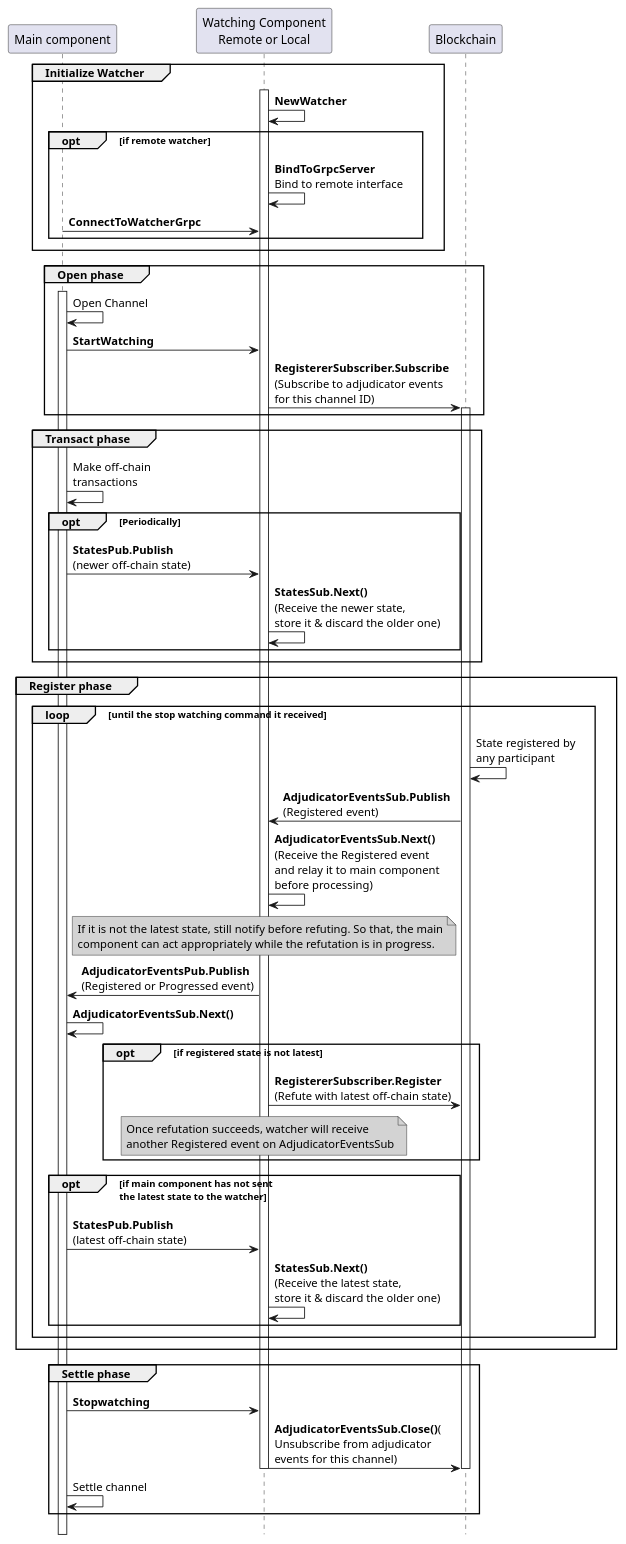
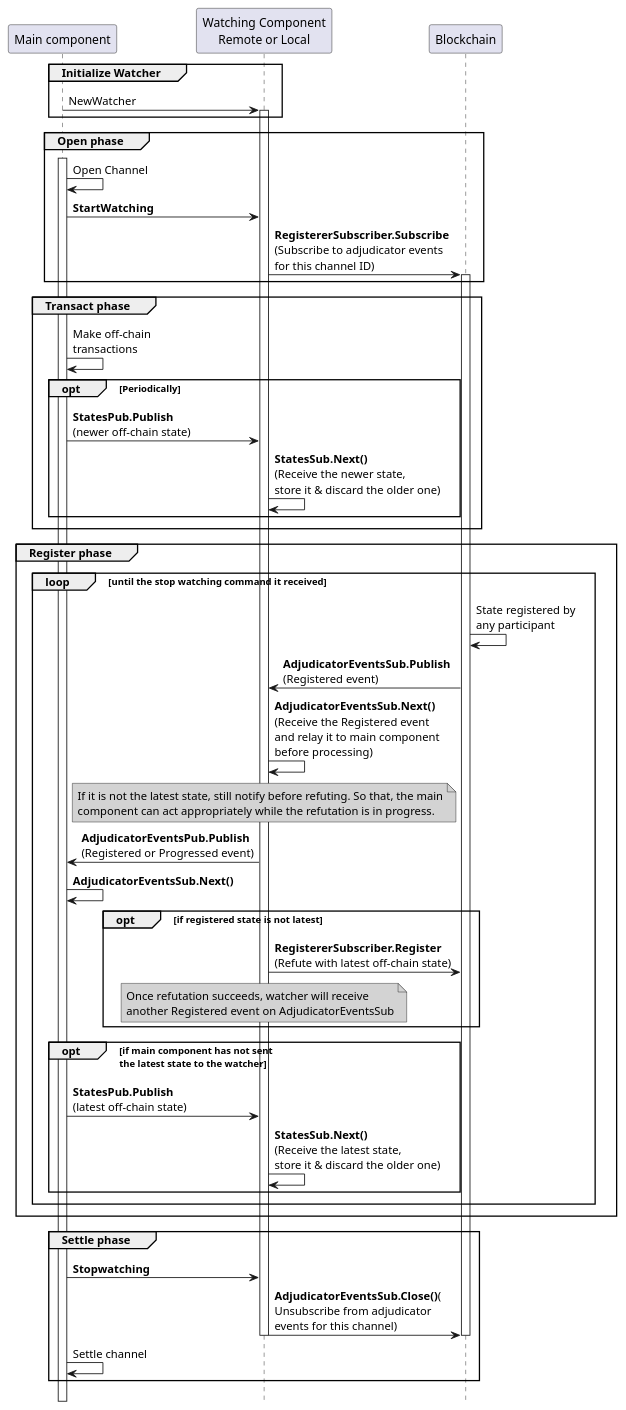
Before and after one commit to hyperledger-labs/perun-proposals: the diagram in design/004/watcher.plantuml, drawn with PlantUML. The commit also changed 2 other files, not shown here.

```diff
--- a/design/004/watcher.plantuml
+++ b/design/004/watcher.plantuml
@@ -4,68 +4,64 @@
 @startuml watcher
 !pragma teoz true
 hide footbox
 
 participant "Main component" as main_component
 participant "Watching Component\nRemote or Local" as watcher
 participant "Blockchain" as blockchain
 
 group Initialize Watcher
+main_component -> watcher: NewWatcher
 activate watcher
-watcher -> watcher: **NewWatcher**
-opt if remote watcher
-watcher -> watcher: **BindToGrpcServer**\nBind to remote interface
-main_component -> watcher: **ConnectToWatcherGrpc**
-end
 end
 
 group Open phase
 activate main_component
 main_component -> main_component: Open Channel
 main_component -> watcher: **StartWatching**
 watcher -> blockchain: **RegistererSubscriber.Subscribe**\n(Subscribe to adjudicator events\nfor this channel ID)
 activate blockchain
 end
 
 group Transact phase
 main_component -> main_component: Make off-chain\ntransactions
 opt Periodically
 main_component -> watcher: **StatesPub.Publish**\n(newer off-chain state)
 watcher -> watcher: **StatesSub.Next()**\n(Receive the newer state,\nstore it & discard the older one)
 end
 end
 
 group Register phase
 loop until the stop watching command it received
 blockchain -> blockchain: State registered by\nany participant
 watcher <- blockchain:**AdjudicatorEventsSub.Publish**\n(Registered event)
 watcher -> watcher:**AdjudicatorEventsSub.Next()**\n(Receive the Registered event\nand relay it to main component\nbefore processing)
 note over watcher #LightGray
 If it is not the latest state, still notify before refuting. So that, the main
 component can act appropriately while the refutation is in progress.
 end note
 main_component <- watcher: **AdjudicatorEventsPub.Publish**\n(Registered or Progressed event)
 main_component -> main_component: **AdjudicatorEventsSub.Next()**
 opt if registered state is not latest
 watcher -> blockchain: **RegistererSubscriber.Register**\n(Refute with latest off-chain state)
 note over watcher #LightGray
 Once refutation succeeds, watcher will receive
 another Registered event on AdjudicatorEventsSub
 end note
 end
 opt if main component has not sent\nthe latest state to the watcher
 main_component -> watcher: **StatesPub.Publish**\n(latest off-chain state)
 watcher -> watcher: **StatesSub.Next()**\n(Receive the latest state,\nstore it & discard the older one)
 end
 end
 end
 
 
 group Settle phase 
 main_component -> watcher: **Stopwatching**
 watcher -> blockchain: **AdjudicatorEventsSub.Close()**(\nUnsubscribe from adjudicator\nevents for this channel)
 deactivate blockchain
 deactivate watcher
 main_component -> main_component: Settle channel
 end
 
 @enduml
```
